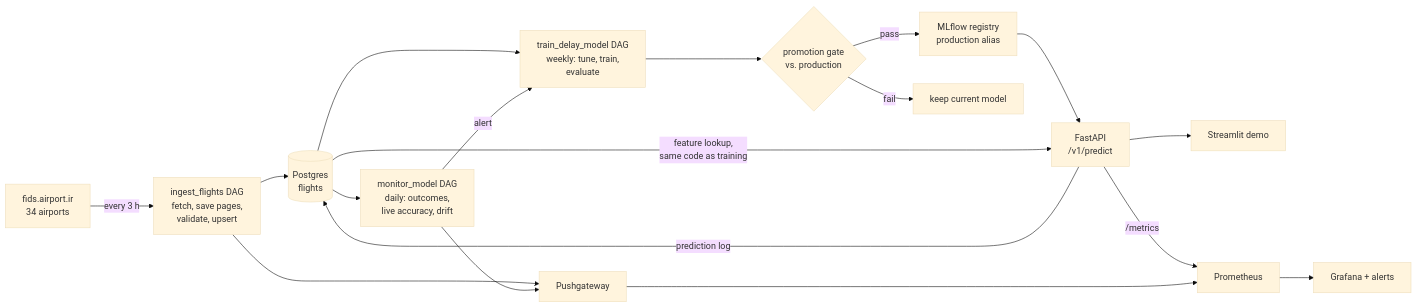
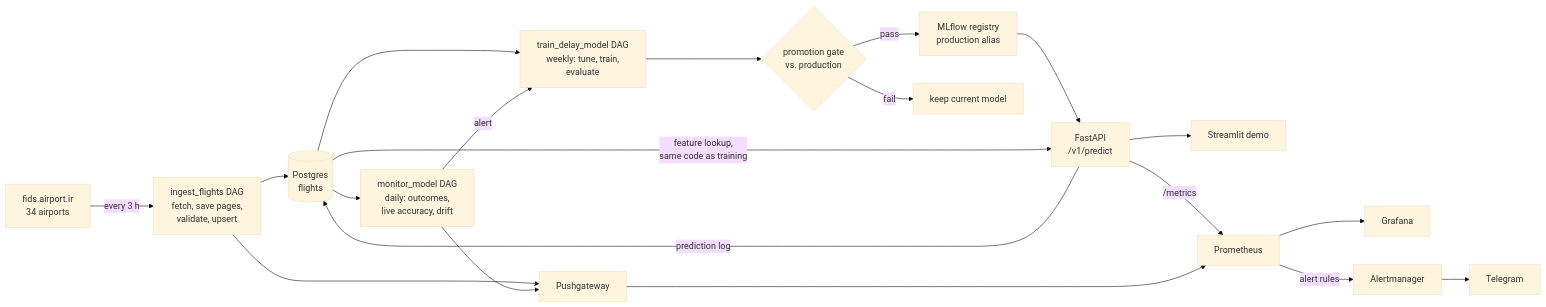
Before and after one commit to AminRezaeeyan/AeroScrape: the diagram in README.md, drawn with Mermaid (base theme). The commit also changed other lines of this file, not shown here.

````diff
--- a/README.md
+++ b/README.md
@@ -49,18 +69,19 @@
 ```mermaid
 flowchart LR
     site[fids.airport.ir<br>34 airports] -->|every 3 h| ingest[ingest_flights DAG<br>fetch, save pages,<br>validate, upsert]
     ingest --> db[(Postgres<br>flights)]
     db --> train[train_delay_model DAG<br>weekly: tune, train,<br>evaluate]
     train --> gate{promotion gate<br>vs. production}
     gate -->|pass| registry[MLflow registry<br>production alias]
     gate -->|fail| keep[keep current model]
     registry --> api[FastAPI<br>/v1/predict]
     db -->|feature lookup,<br>same code as training| api
     api --> demo[Streamlit demo]
     api -->|prediction log| db
     db --> monitor[monitor_model DAG<br>daily: outcomes,<br>live accuracy, drift]
     monitor -->|alert| train
     api -->|/metrics| prom[Prometheus]
     ingest --> pgw[Pushgateway]
-    monitor --> pgw --> prom --> grafana[Grafana + alerts]
+    monitor --> pgw --> prom --> grafana[Grafana]
+    prom -->|alert rules| am[Alertmanager] --> tg[Telegram]
 ```
````
